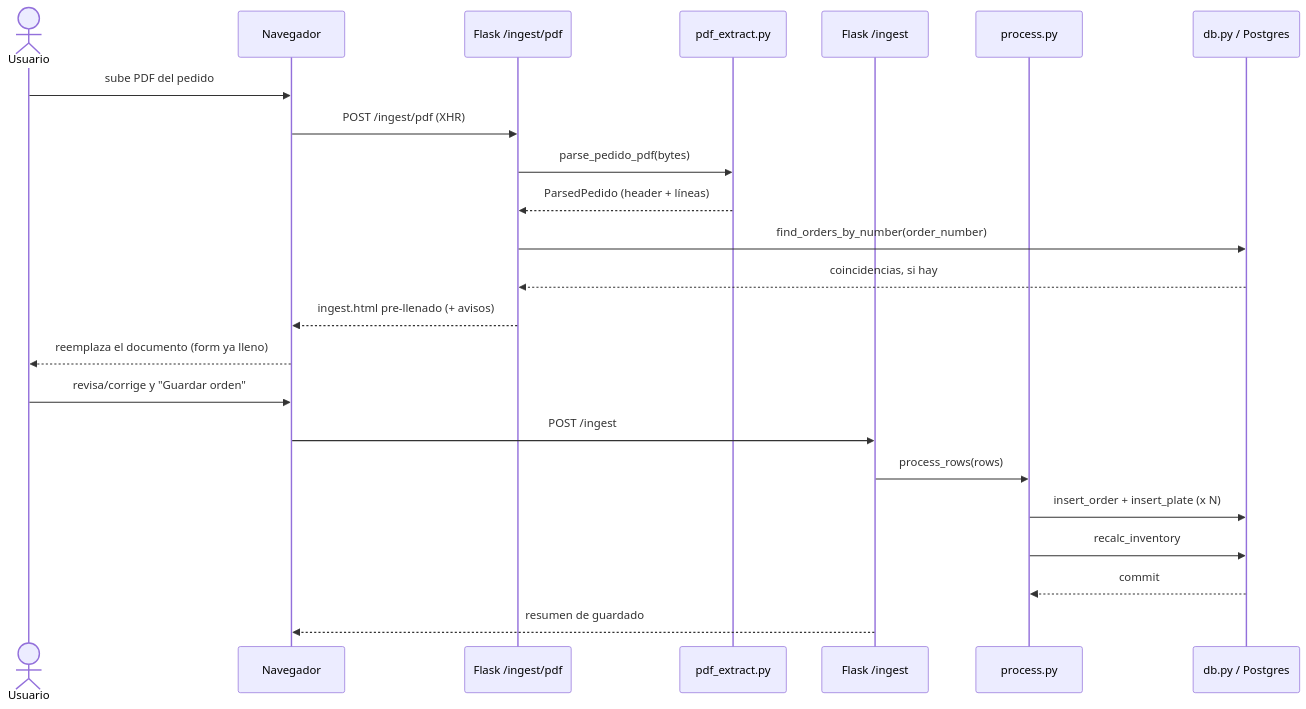
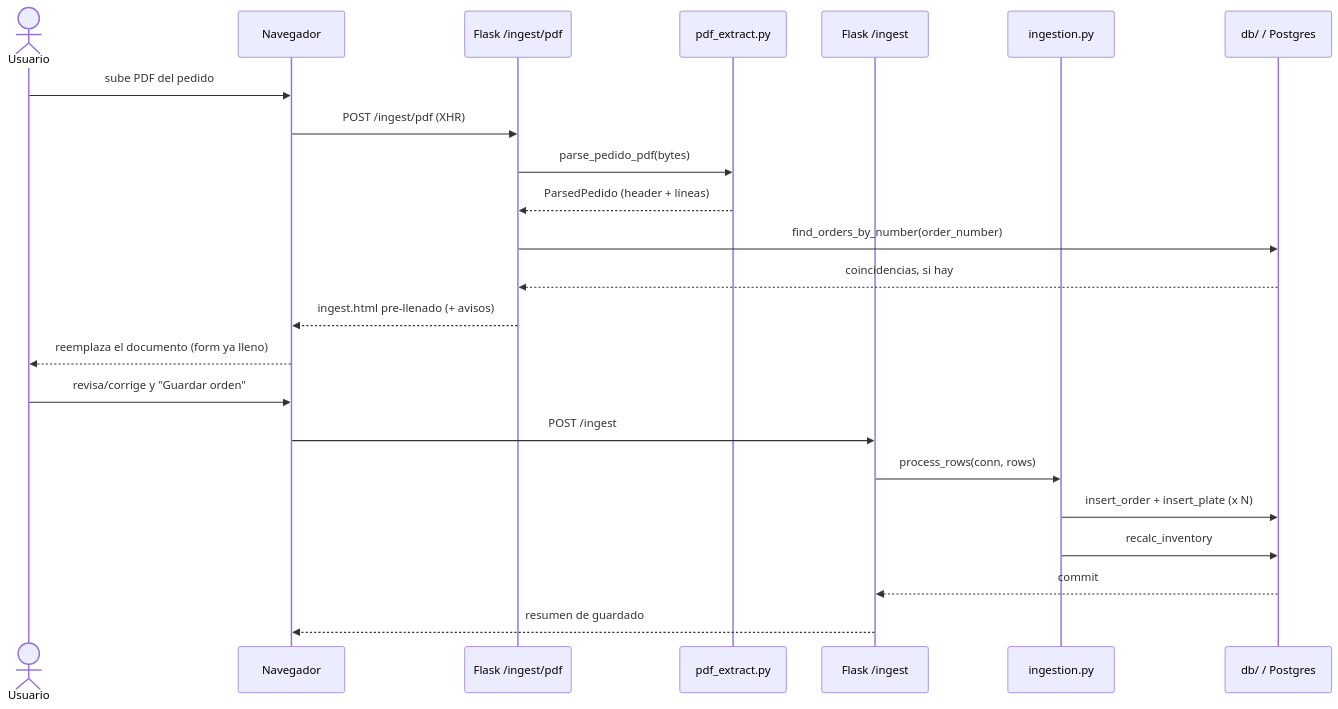
One commit to nickkmm/plates changed the first of 2 diagrams in docs/WEB.md. Above: the diagram before and after it, drawn with Mermaid. The commit also changed other lines of this file and 6 other files, not shown here.

````diff
--- a/docs/WEB.md
+++ b/docs/WEB.md
@@ -71,26 +79,26 @@
 ```mermaid
 sequenceDiagram
     actor U as Usuario
     participant B as Navegador
     participant W as Flask /ingest/pdf
     participant PE as pdf_extract.py
     participant I as Flask /ingest
-    participant P as process.py
-    participant DB as db.py / Postgres
+    participant I2 as ingestion.py
+    participant DB as db/ / Postgres
 
     U->>B: sube PDF del pedido
     B->>W: POST /ingest/pdf (XHR)
     W->>PE: parse_pedido_pdf(bytes)
     PE-->>W: ParsedPedido (header + líneas)
     W->>DB: find_orders_by_number(order_number)
     DB-->>W: coincidencias, si hay
     W-->>B: ingest.html pre-llenado (+ avisos)
     B-->>U: reemplaza el documento (form ya lleno)
     U->>B: revisa/corrige y "Guardar orden"
     B->>I: POST /ingest
-    I->>P: process_rows(rows)
-    P->>DB: insert_order + insert_plate (x N)
-    P->>DB: recalc_inventory
-    DB-->>P: commit
+    I->>I2: process_rows(conn, rows)
+    I2->>DB: insert_order + insert_plate (x N)
+    I2->>DB: recalc_inventory
+    DB-->>I: commit
     I-->>B: resumen de guardado
 ```
````
